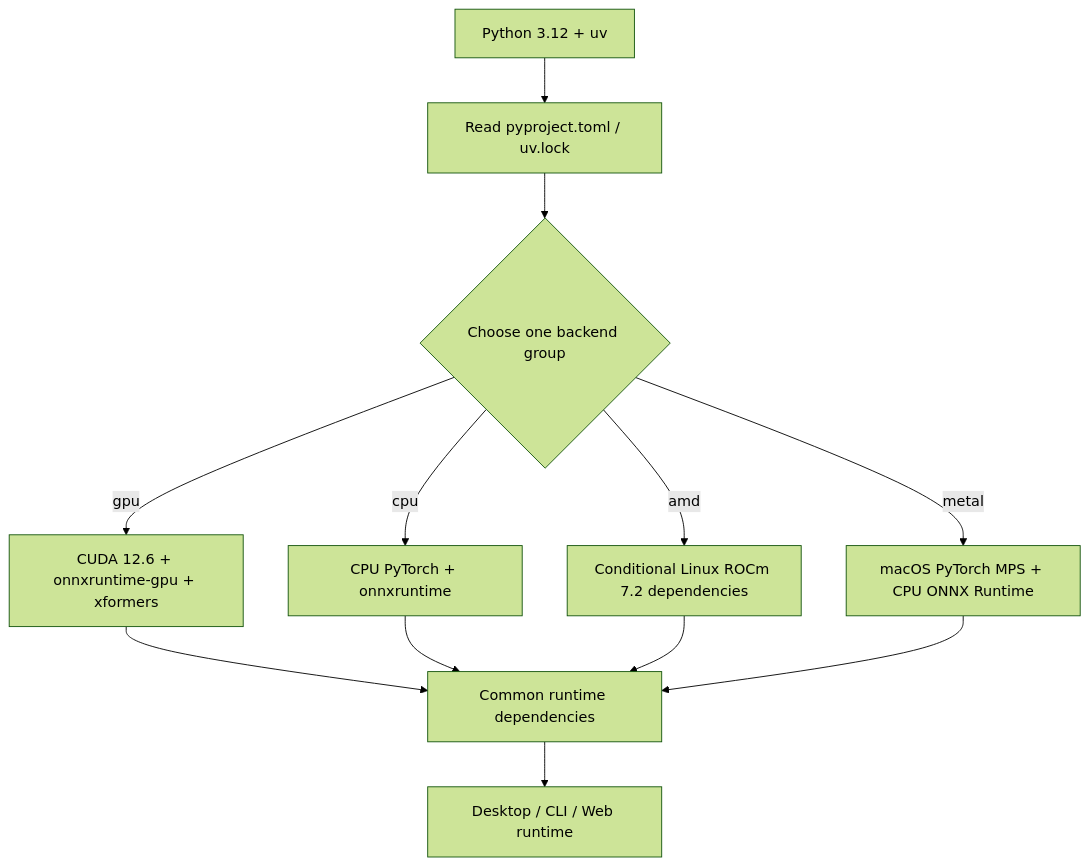
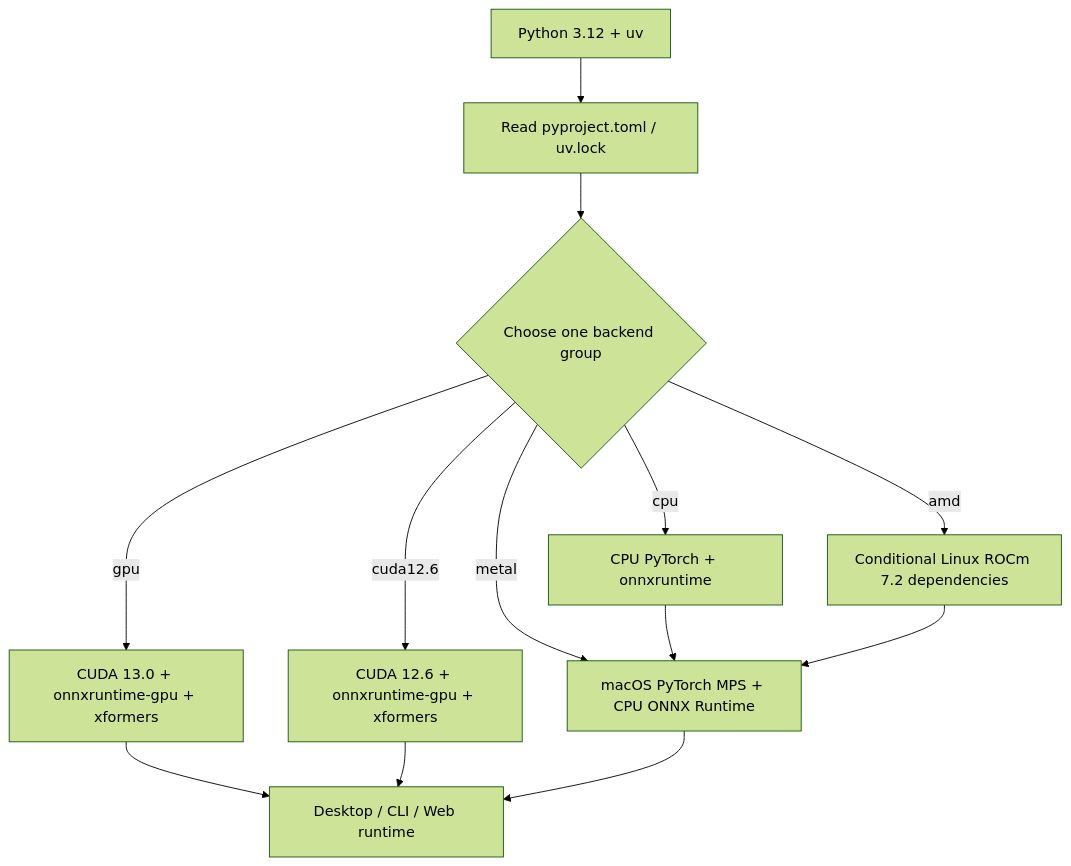
One commit to hgmzhn/manga-translator-ui changed the diagram in doc/wiki/en/install/requirements.md. Above: the diagram before and after it, drawn with Mermaid (forest theme). The commit also changed other lines of this file and 24 other files, not shown here.

Commit message:
Build CUDA 13.0 and CUDA 12.6 GPU packages

````diff
--- a/doc/wiki/en/install/requirements.md
+++ b/doc/wiki/en/install/requirements.md
@@ -65,14 +66,15 @@
 ```mermaid
 flowchart TD
     A["Python 3.12 + uv"] --> B["Read pyproject.toml / uv.lock"]
     B --> C{"Choose one backend group"}
-    C -->|gpu| D["CUDA 12.6 + onnxruntime-gpu + xformers"]
-    C -->|cpu| E["CPU PyTorch + onnxruntime"]
-    C -->|amd| F["Conditional Linux ROCm 7.2 dependencies"]
-    C -->|metal| G["macOS PyTorch MPS + CPU ONNX Runtime"]
-    D --> H["Common runtime dependencies"]
-    E --> H
+    C -->|gpu| D["CUDA 13.0 + onnxruntime-gpu + xformers"]
+    C -->|cuda12.6| E["CUDA 12.6 + onnxruntime-gpu + xformers"]
+    C -->|cpu| F["CPU PyTorch + onnxruntime"]
+    C -->|amd| G["Conditional Linux ROCm 7.2 dependencies"]
+    C -->|metal| H["macOS PyTorch MPS + CPU ONNX Runtime"]
+    D --> I["Common runtime dependencies"]
+    E --> I
     F --> H
     G --> H
     H --> I["Desktop / CLI / Web runtime"]
 ```
````
